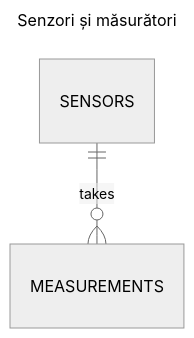
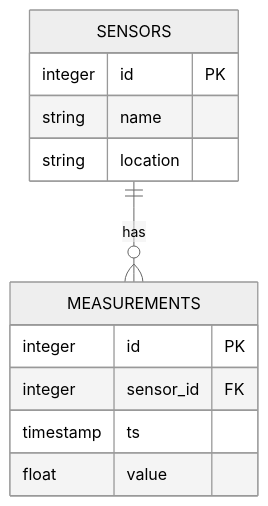
The second of 2 diagrams in docs/laboratorul-2.md (GabrielMajeri/laborator-baze-de-date), drawn with Mermaid (neutral theme) before and after one commit. The commit also changed other lines of this file, not shown here.

````diff
--- a/docs/laboratorul-2.md
+++ b/docs/laboratorul-2.md
@@ -46,7 +70,15 @@
 ```mermaid
----
-title: Senzori și măsurători
----
 erDiagram
-    SENSORS ||--o{ MEASUREMENTS : takes
+    SENSORS ||--o{ MEASUREMENTS : has
+    SENSORS {
+        integer id PK
+        string name
+        string location
+    }
+    MEASUREMENTS {
+        integer id PK
+        integer sensor_id FK
+        timestamp ts
+        float value
+    }
 ```
````
